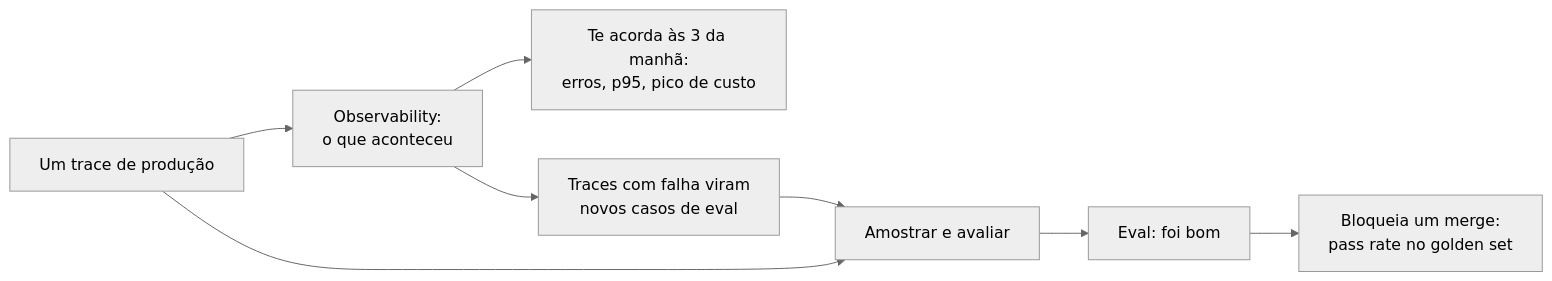
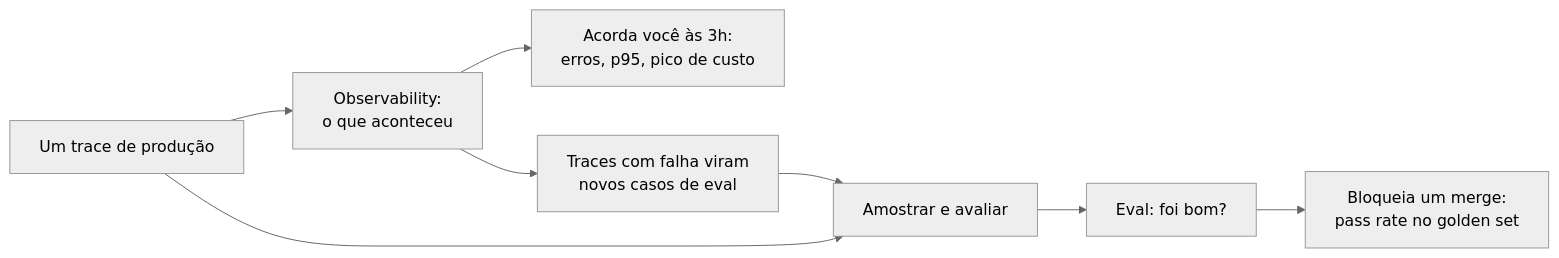
Before and after one commit to andrevberaldo/AI-Engineer-Interview-Questions: the fourth of 28 diagrams in 07-evaluation-and-observability/questions.pt-BR.md, drawn with Mermaid (neutral theme). The commit also changed other lines of this file and 1 other file, not shown here.

````diff
--- a/07-evaluation-and-observability/questions.pt-BR.md
+++ b/07-evaluation-and-observability/questions.pt-BR.md
@@ -245,10 +245,10 @@
 ```mermaid
 flowchart LR
     T["Um trace de produção"] --> O["Observability:<br/>o que aconteceu"]
     T --> G["Amostrar e avaliar"]
-    G --> E["Eval: foi bom"]
-    O --> A["Te acorda às 3 da manhã:<br/>erros, p95, pico de custo"]
+    G --> E["Eval: foi bom?"]
+    O --> A["Acorda você às 3h:<br/>erros, p95, pico de custo"]
     E --> C["Bloqueia um merge:<br/>pass rate no golden set"]
     O --> F["Traces com falha viram<br/>novos casos de eval"]
     F --> G
 ```
````
